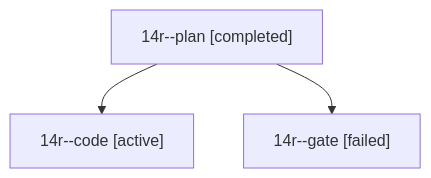
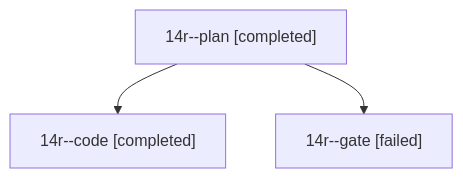
One commit to sase-org/sase--agents changed the diagram in sessions/bbugyi200.athena.14r.md. Above: the diagram before and after it, drawn with Mermaid. The commit also changed other lines of this file and 10 other files, not shown here.

````diff
--- a/sessions/bbugyi200.athena.14r.md
+++ b/sessions/bbugyi200.athena.14r.md
@@ -9,8 +9,8 @@
 ```mermaid
 flowchart TD
   n0["14r--plan [completed]"]
-  n1["14r--code [active]"]
+  n1["14r--code [completed]"]
   n0 --> n1
   n2["14r--gate [failed]"]
   n0 --> n2
 ```
````
